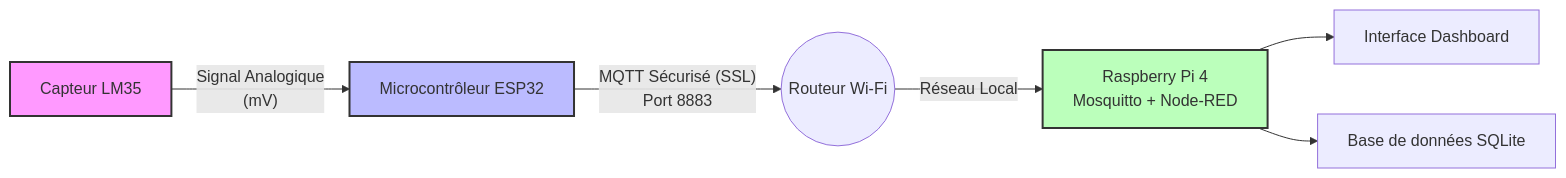
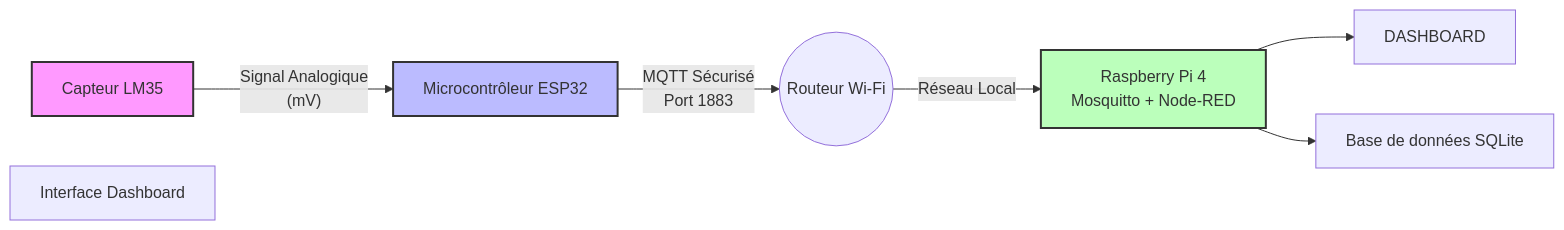
One commit to warren16-pnj/Station-meteo changed the diagram in README.md. Above: the diagram before and after it, drawn with Mermaid.

````diff
--- a/README.md
+++ b/README.md
@@ -11,22 +11,22 @@
 ```mermaid
 graph LR
     %% Définition des nœuds 
     LM35[Capteur LM35]
     ESP32[Microcontrôleur ESP32]
     WIFI((Routeur Wi-Fi))
     RPI[Raspberry Pi 4<br/>Mosquitto + Node-RED]
     DASH[Interface Dashboard]
     SQL[Base de données SQLite]
 
     %% Définition des liens 
     LM35 -- Signal Analogique<br/>(mV) --> ESP32
-    ESP32 -- MQTT Sécurisé (SSL)<br/>Port 8883 --> WIFI
+    ESP32 -- MQTT Sécurisé <br/>Port 1883 --> WIFI
     WIFI -- Réseau Local --> RPI
-    RPI --> DASH
+    RPI --> DASHBOARD
     RPI --> SQL
 
     %% Styles 
     style LM35 fill:#f9f,stroke:#333,stroke-width:2px
     style ESP32 fill:#bbf,stroke:#333,stroke-width:2px
     style RPI fill:#bfb,stroke:#333,stroke-width:2px
 ```
````
